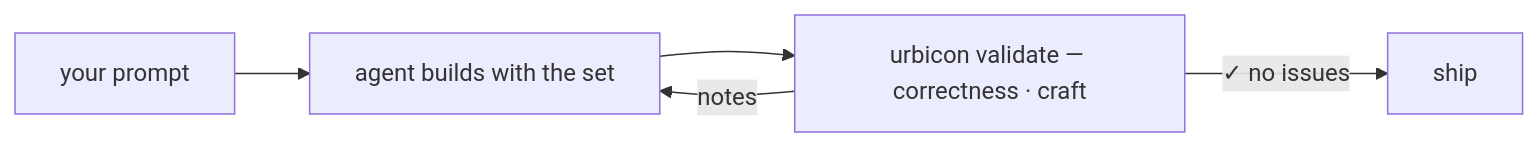
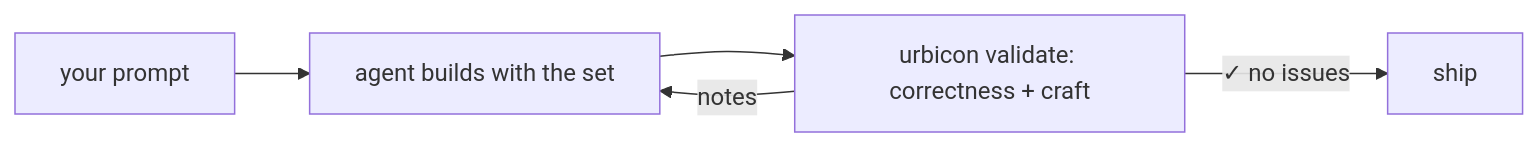
Before and after one commit to urbicon/ui: the diagram in README.md, drawn with Mermaid. The commit also changed other lines of this file, not shown here.

````diff
--- a/README.md
+++ b/README.md
@@ -114,7 +118,7 @@
 ```mermaid
 flowchart LR
     P[your prompt] --> A[agent builds with the set]
-    A --> V["urbicon validate — correctness · craft"]
+    A --> V["urbicon validate: correctness + craft"]
     V -- "✓ no issues" --> S[ship]
     V -- notes --> A
 ```
````
